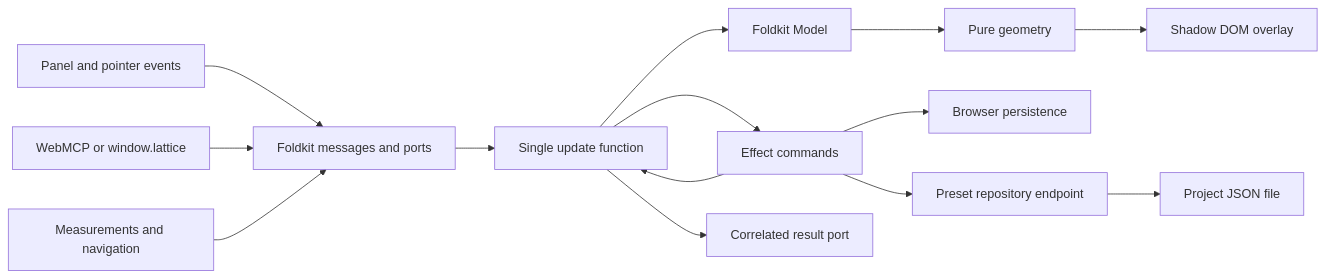
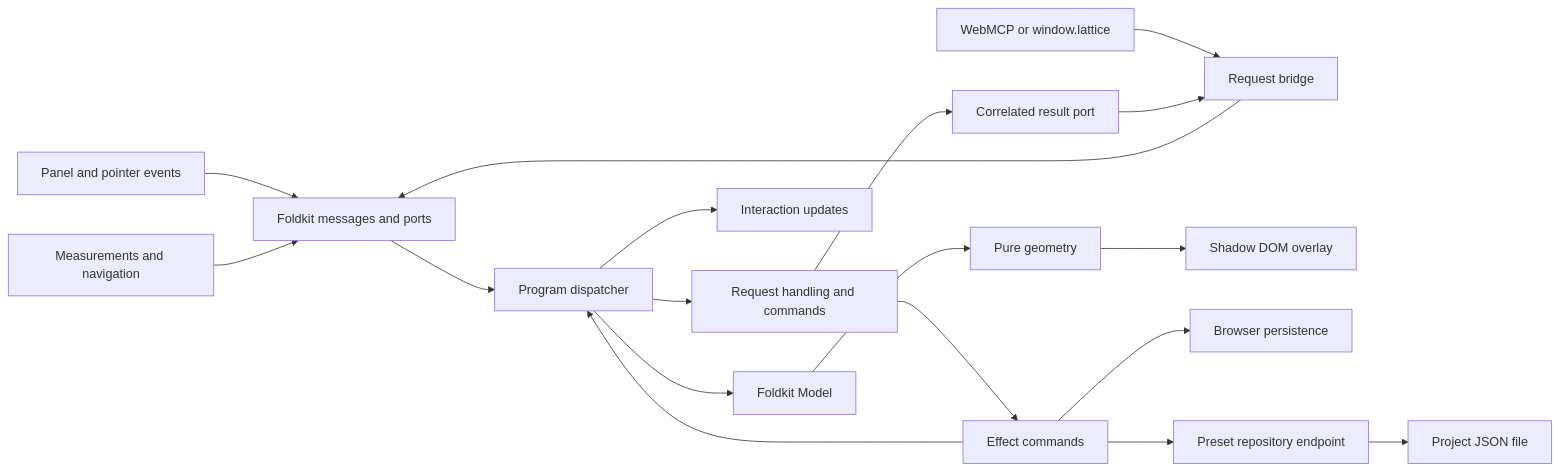
The first of 2 diagrams in ARCHITECTURE.md (wking-io/lattice), drawn with Mermaid before and after one commit. The commit also changed other lines of this file and 31 other files, not shown here.

````diff
--- a/ARCHITECTURE.md
+++ b/ARCHITECTURE.md
@@ -17,16 +17,20 @@
 ```mermaid
 flowchart LR
   Panel[Panel and pointer events] --> Port[Foldkit messages and ports]
-  Agent[WebMCP or window.lattice] --> Port
+  Agent[WebMCP or window.lattice] --> Bridge[Request bridge]
+  Bridge --> Port
   Browser[Measurements and navigation] --> Port
-  Port --> Update[Single update function]
+  Port --> Update[Program dispatcher]
+  Update --> Requests[Request handling and commands]
+  Update --> Interactions[Interaction updates]
   Update --> Model[Foldkit Model]
   Model --> Geometry[Pure geometry]
   Geometry --> View[Shadow DOM overlay]
-  Update --> Commands[Effect commands]
+  Requests --> Commands[Effect commands]
   Commands --> LocalStorage[Browser persistence]
   Commands --> Vite[Preset repository endpoint]
   Vite --> File[Project JSON file]
   Commands --> Update
-  Update --> Results[Correlated result port]
+  Requests --> Results[Correlated result port]
+  Results --> Bridge
 ```
````
